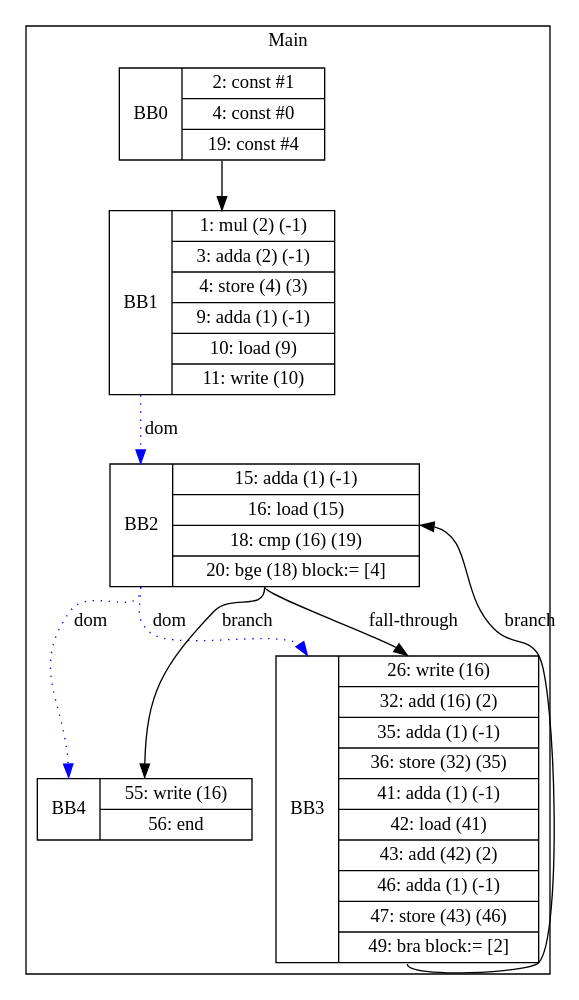
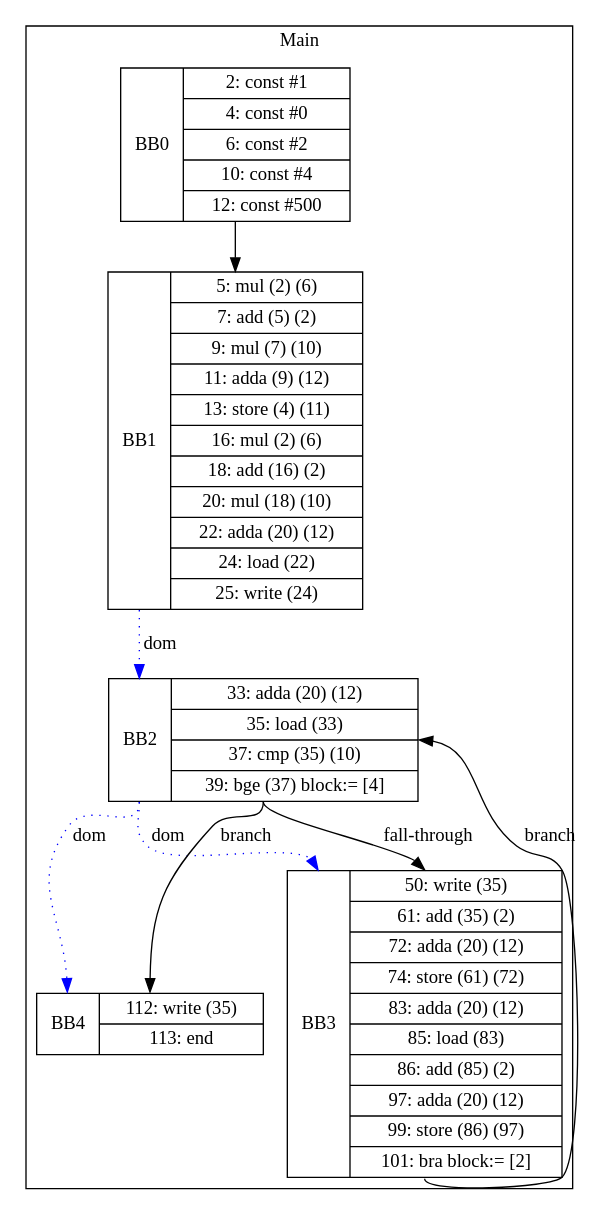
The diagram in visualization/Yunpeng/array_kill_while.gv (zjc664656505/UCI-CS241-Advanced-Compiler-main), drawn with Graphviz before and after one commit. The commit also changed 35 other files, not shown here.

```diff
--- a/visualization/Yunpeng/array_kill_while.gv
+++ b/visualization/Yunpeng/array_kill_while.gv
@@ -1,18 +1,18 @@
 digraph G {
 node [shape=record];
 subgraph cluster_main{
 label = "Main";
-BB0 [shape=record, label="<b>BB0|{2: const #1|4: const #0|19: const #4}"];
-BB1 [shape=record, label="<b>BB1|{1: mul (2) (-1)|3: adda (2) (-1)|4: store (4) (3)|9: adda (1) (-1)|10: load (9)|11: write (10)}"];
-BB2 [shape=record, label="<b>BB2|{15: adda (1) (-1)|16: load (15)|18: cmp (16) (19)|20: bge (18) block:= [4]}"];
-BB3 [shape=record, label="<b>BB3|{26: write (16)|32: add (16) (2)|35: adda (1) (-1)|36: store (32) (35)|41: adda (1) (-1)|42: load (41)|43: add (42) (2)|46: adda (1) (-1)|47: store (43) (46)|49: bra block:= [2]}"];
-BB4 [shape=record, label="<b>BB4|{55: write (16)|56: end}"];
+BB0 [shape=record, label="<b>BB0|{2: const #1|4: const #0|6: const #2|10: const #4|12: const #500}"];
+BB1 [shape=record, label="<b>BB1|{5: mul (2) (6)|7: add (5) (2)|9: mul (7) (10)|11: adda (9) (12)|13: store (4) (11)|16: mul (2) (6)|18: add (16) (2)|20: mul (18) (10)|22: adda (20) (12)|24: load (22)|25: write (24)}"];
+BB2 [shape=record, label="<b>BB2|{33: adda (20) (12)|35: load (33)|37: cmp (35) (10)|39: bge (37) block:= [4]}"];
+BB3 [shape=record, label="<b>BB3|{50: write (35)|61: add (35) (2)|72: adda (20) (12)|74: store (61) (72)|83: adda (20) (12)|85: load (83)|86: add (85) (2)|97: adda (20) (12)|99: store (86) (97)|101: bra block:= [2]}"];
+BB4 [shape=record, label="<b>BB4|{112: write (35)|113: end}"];
 }
 BB0:s -> BB1:n ;
 BB2:b -> BB3:b [color=blue, style=dotted, label="dom"];
 BB2:b -> BB4:b [color=blue, style=dotted, label="dom"];
 BB1:b -> BB2:b [color=blue, style=dotted, label="dom"];
 BB2:s -> BB4:n [label="branch"];
 BB3:s -> BB2:e [label="branch"];
 BB2:s -> BB3:n [label="fall-through"];
 }
```
